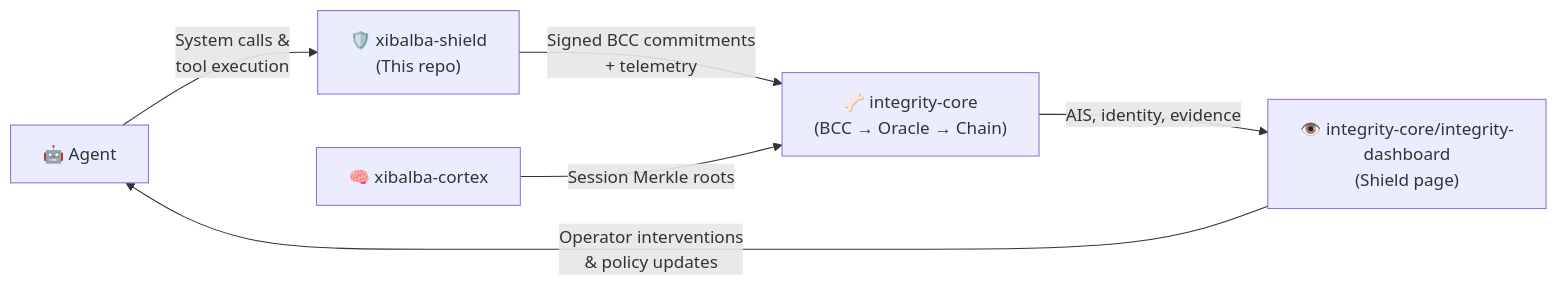
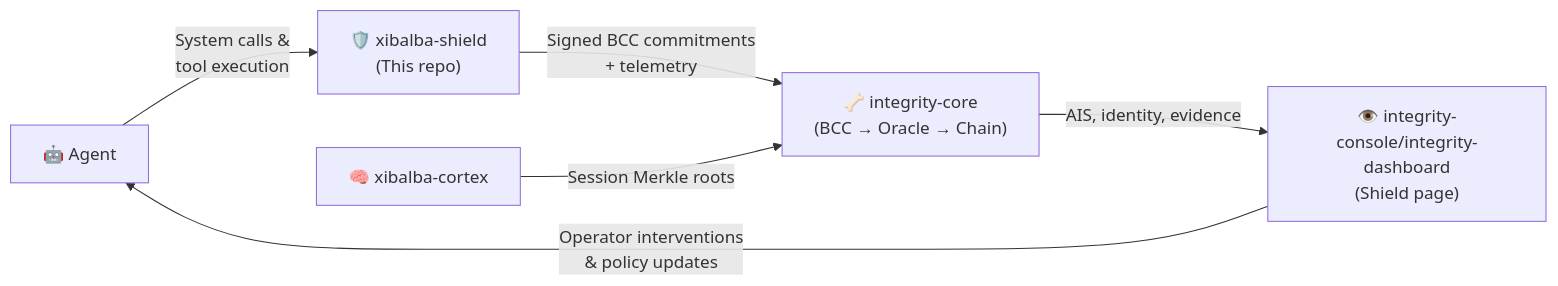
The diagram in README.md (XibalbaTechSol/xibalba-shield), drawn with Mermaid before and after one commit. The commit also changed other lines of this file and 4 other files, not shown here.

````diff
--- a/README.md
+++ b/README.md
@@ -60,8 +73,8 @@
 ```mermaid
 flowchart LR
     Agent["🤖 Agent"] -->|"System calls &<br/>tool execution"| Immune["🛡️ xibalba-shield<br/>(This repo)"]
     Immune -->|"Signed BCC commitments<br/>+ telemetry"| Backbone["🦴 integrity-core<br/>(BCC → Oracle → Chain)"]
     Brain["🧠 xibalba-cortex"] -->|"Session Merkle roots"| Backbone
-    Backbone -->|"AIS, identity, evidence"| Eyes["👁️ integrity-core/integrity-dashboard<br/>(Shield page)"]
+    Backbone -->|"AIS, identity, evidence"| Eyes["👁️ integrity-console/integrity-dashboard<br/>(Shield page)"]
     Eyes -->|"Operator interventions<br/>& policy updates"| Agent
 ```
````
